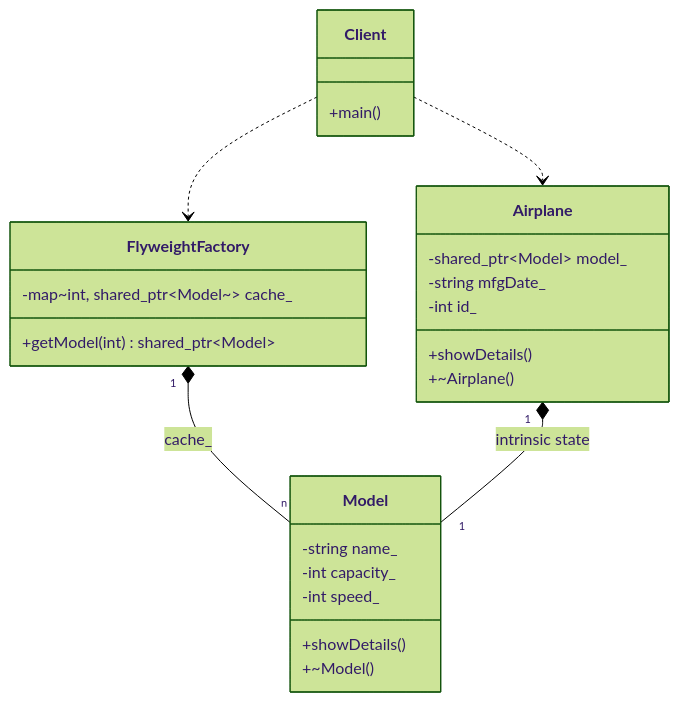
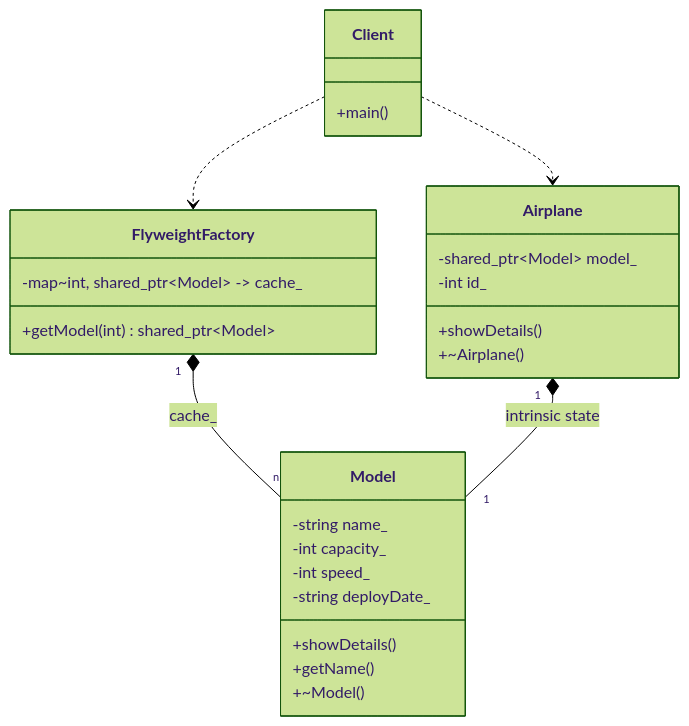
One commit to Cichlidfishexigency721/Modern-CPP-Design-Patterns changed the diagram in 13_Flyweight/diagram.md. Above: the diagram before and after it, drawn with Mermaid (forest theme). The commit also changed 1 other file, not shown here.

Commit message:
UML improvement

````diff
--- a/13_Flyweight/diagram.md
+++ b/13_Flyweight/diagram.md
@@ -3,37 +3,38 @@
 ```mermaid
 classDiagram
    class Model {
       -string name_
       -int capacity_
       -int speed_
+      -string deployDate_
       +showDetails()
+      +getName()
       +~Model()
    }
 
    class FlyweightFactory {
-      -map~int, shared_ptr~Model~~ cache_
+      -map~int, shared_ptr~Model~ -> cache_
       +getModel(int) shared_ptr~Model~
    }
 
    class Airplane {
       -shared_ptr~Model~ model_
-      -string mfgDate_
       -int id_
       +showDetails()
       +~Airplane()
    }
 
    class Client {
       +main()
    }
 
    %% The Factory owns and manages the pool of shared models
    FlyweightFactory "1" *-- "n" Model : cache_
 
    %% Many Airplanes share the same single Model instance
    Airplane "1" *-- "1" Model : intrinsic state
 
    %% Client interacts with the factory to get models and creates airplanes
    Client ..> FlyweightFactory
    Client ..> Airplane
 ```
````
